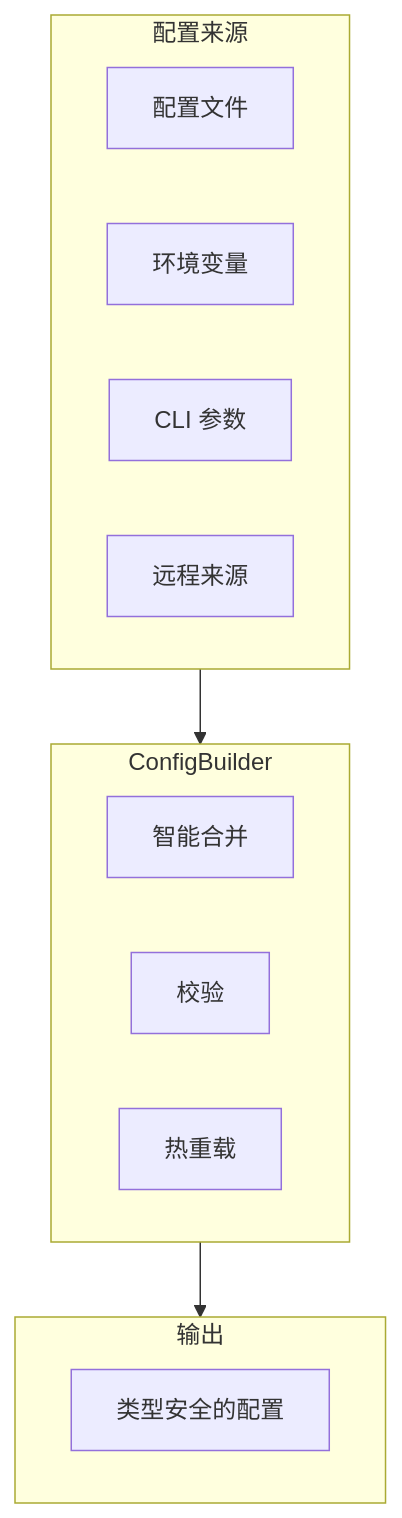
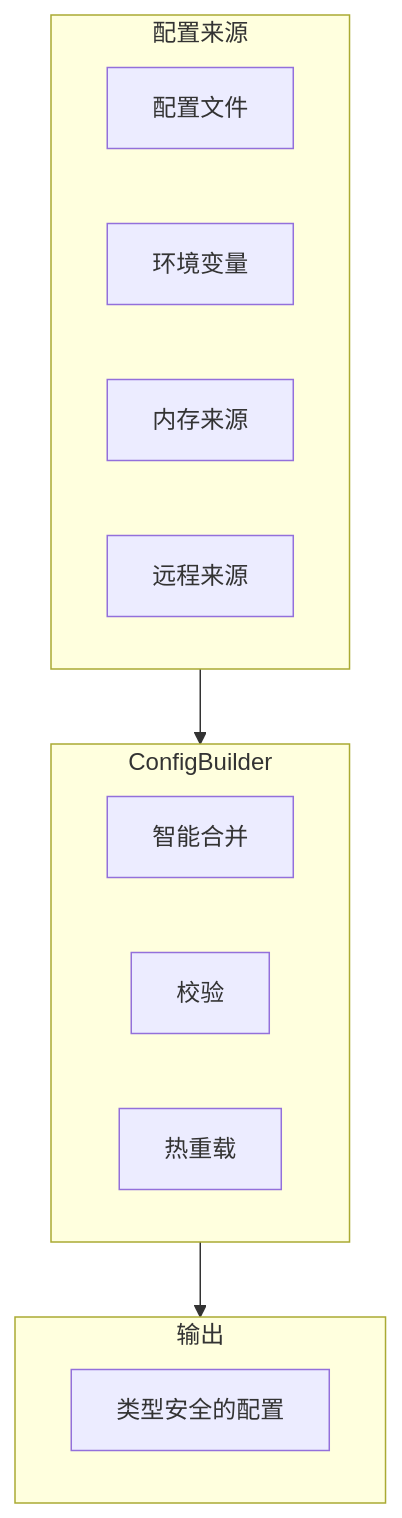
One commit to Kirky-X/confers changed the first of 3 diagrams in docs/API_REFERENCE.md. Above: the diagram before and after it, drawn with Mermaid. The commit also changed 13 other files, not shown here.

````diff
--- a/docs/API_REFERENCE.md
+++ b/docs/API_REFERENCE.md
@@ -41,22 +41,22 @@
 ```mermaid
 graph TB
     subgraph Sources ["配置来源"]
         A["配置文件"]
         B["环境变量"]
-        C["CLI 参数"]
+        C["内存来源"]
         D["远程来源"]
     end
 
     subgraph Loader ["ConfigBuilder"]
         E["智能合并"]
         F["校验"]
         G["热重载"]
     end
 
     subgraph Output ["输出"]
         H["类型安全的配置"]
     end
 
     Sources --> Loader
     Loader --> Output
 ```
````
